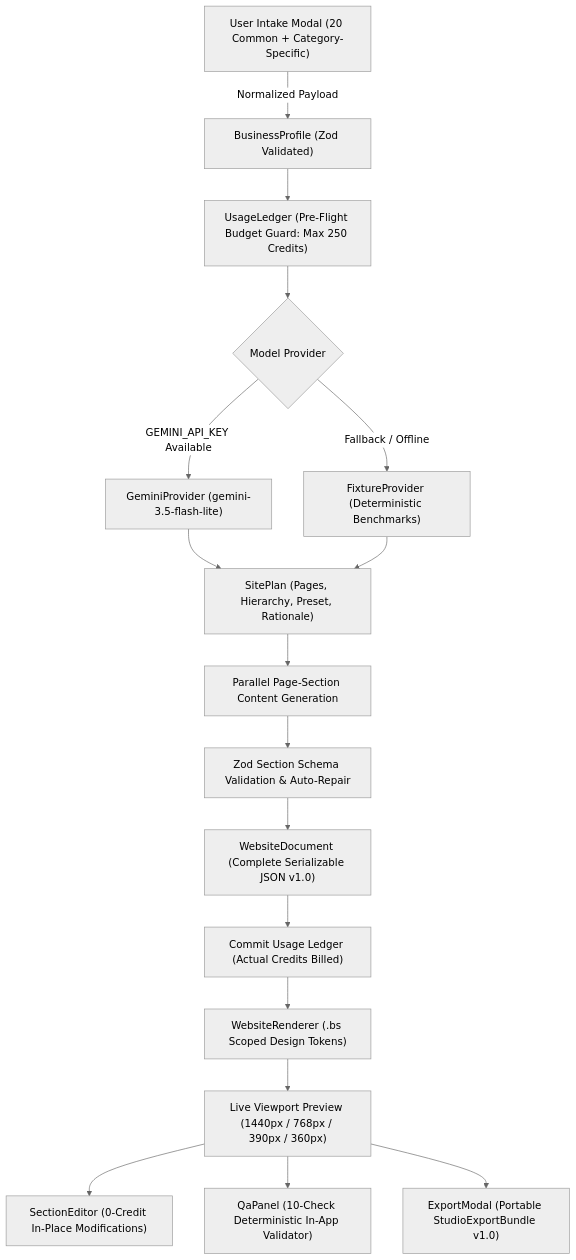
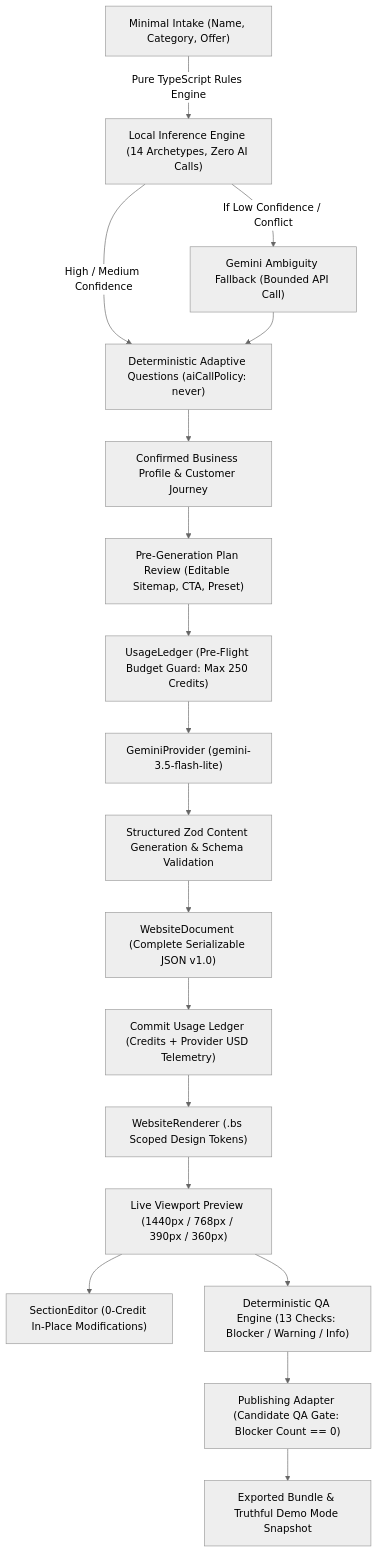
One commit to vuppalakomalnath-arch/website-studio-of-Brandscalers changed the diagram in PROJECT-REPORT.md. Above: the diagram before and after it, drawn with Mermaid (neutral theme). The commit also changed other lines of this file and 24 other files, not shown here.

Commit message:
Complete Website Studio 2.0 evolution: deterministic local inference, adaptive questions, candidate QA publishing gating, and USD telemetry

````diff
--- a/PROJECT-REPORT.md
+++ b/PROJECT-REPORT.md
@@ -65,19 +46,20 @@
 ```mermaid
 flowchart TD
-    A["User Intake Modal (20 Common + Category-Specific)"] -->|Normalized Payload| B["BusinessProfile (Zod Validated)"]
-    B --> C["UsageLedger (Pre-Flight Budget Guard: Max 250 Credits)"]
-    C --> D{"Model Provider"}
-    D -->|GEMINI_API_KEY Available| E["GeminiProvider (gemini-3.5-flash-lite)"]
-    D -->|Fallback / Offline| F["FixtureProvider (Deterministic Benchmarks)"]
-    E --> G["SitePlan (Pages, Hierarchy, Preset, Rationale)"]
-    F --> G
-    G --> H["Parallel Page-Section Content Generation"]
-    H --> I["Zod Section Schema Validation & Auto-Repair"]
+    A["Minimal Intake (Name, Category, Offer)"] -->|Pure TypeScript Rules Engine| B["Local Inference Engine (14 Archetypes, Zero AI Calls)"]
+    B -->|If Low Confidence / Conflict| C["Gemini Ambiguity Fallback (Bounded API Call)"]
+    B -->|High / Medium Confidence| D["Deterministic Adaptive Questions (aiCallPolicy: never)"]
+    C --> D
+    D --> E["Confirmed Business Profile & Customer Journey"]
+    E --> F["Pre-Generation Plan Review (Editable Sitemap, CTA, Preset)"]
+    F --> G["UsageLedger (Pre-Flight Budget Guard: Max 250 Credits)"]
+    G --> H["GeminiProvider (gemini-3.5-flash-lite)"]
+    H --> I["Structured Zod Content Generation & Schema Validation"]
     I --> J["WebsiteDocument (Complete Serializable JSON v1.0)"]
-    J --> K["Commit Usage Ledger (Actual Credits Billed)"]
+    J --> K["Commit Usage Ledger (Credits + Provider USD Telemetry)"]
     K --> L["WebsiteRenderer (.bs Scoped Design Tokens)"]
     L --> M["Live Viewport Preview (1440px / 768px / 390px / 360px)"]
     M --> N["SectionEditor (0-Credit In-Place Modifications)"]
-    M --> O["QaPanel (10-Check Deterministic In-App Validator)"]
-    M --> P["ExportModal (Portable StudioExportBundle v1.0)"]
+    M --> O["Deterministic QA Engine (13 Checks: Blocker / Warning / Info)"]
+    O --> P["Publishing Adapter (Candidate QA Gate: Blocker Count == 0)"]
+    P --> Q["Exported Bundle & Truthful Demo Mode Snapshot"]
 ```
````
